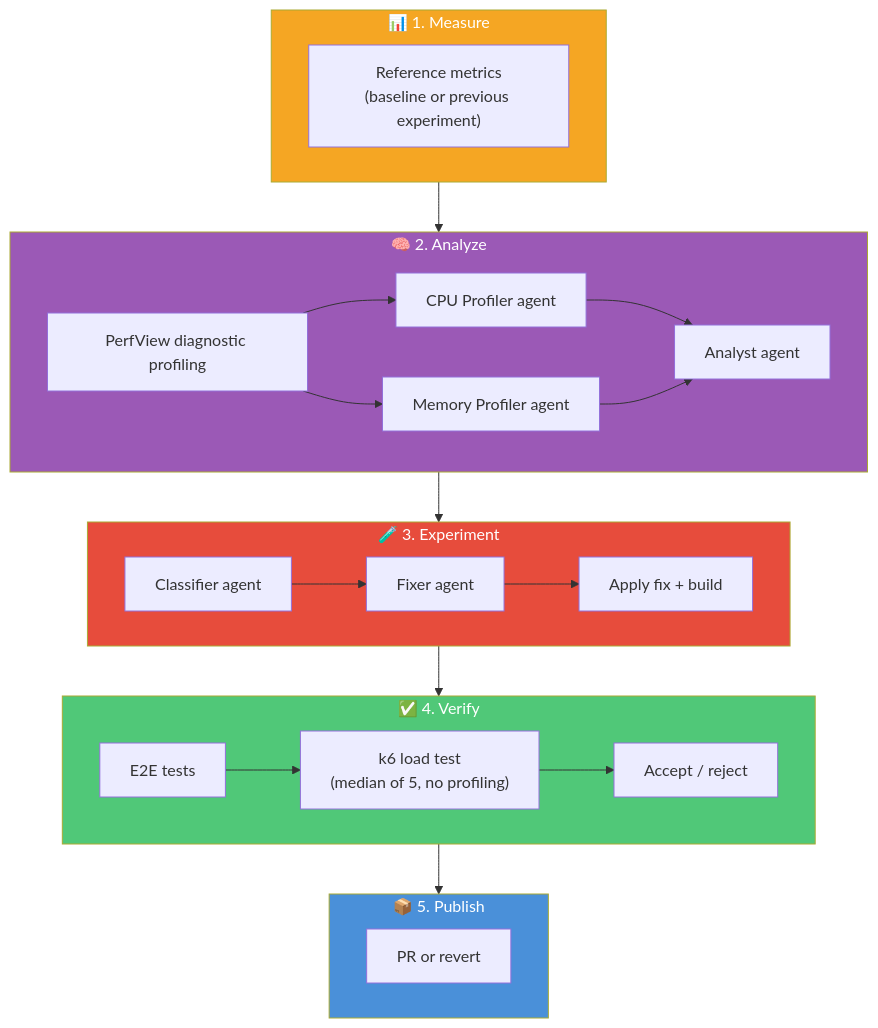
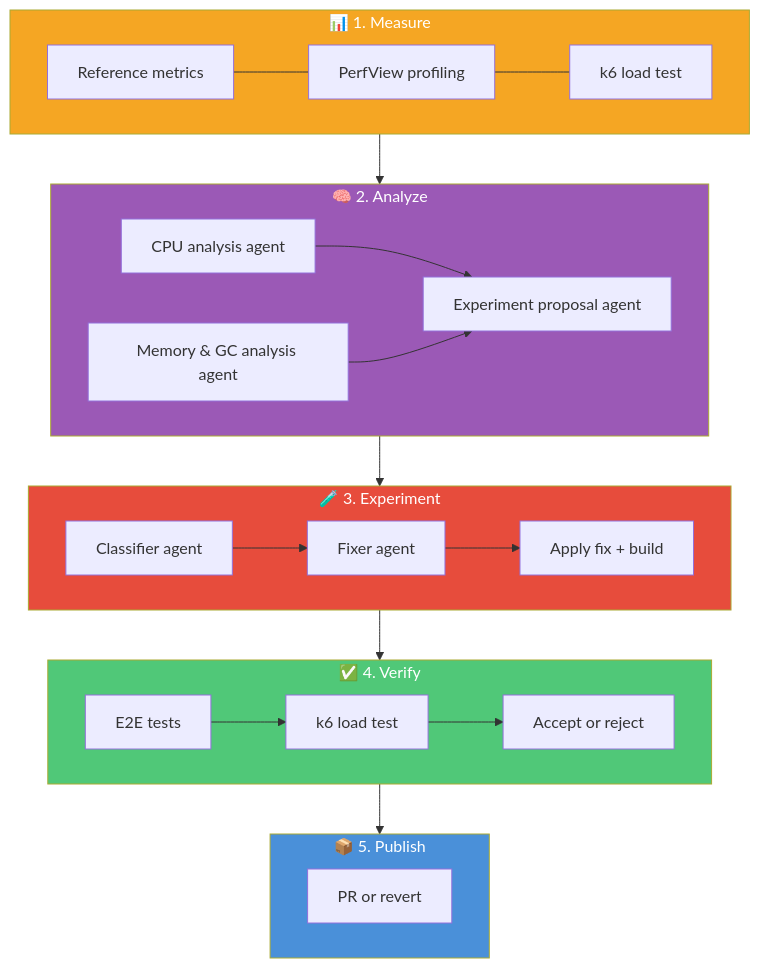
The first of 2 diagrams in docs/architecture.md (J-Bax/Hone), drawn with Mermaid before and after one commit.

Commit message:
docs: fix diagram newlines, move profiling to Measure, rename agents
- Fix literal \n appearing in rendered labels (use short labels instead)
- Move PerfView profiling + k6 load test into Measure stage
- Rename 'CPU Profiler agent'  'CPU analysis agent'
- Rename 'Memory Profiler agent'  'Memory & GC analysis agent'
- Rename 'Analyst agent'  'Experiment proposal agent'

````diff
--- a/docs/architecture.md
+++ b/docs/architecture.md
@@ -25,43 +25,43 @@
 ```mermaid
 flowchart TD
     subgraph MEASURE["📊 1. Measure"]
-        M1["Reference metrics\n(baseline or previous experiment)"]
+        M1["Reference metrics"]
+        M2["PerfView profiling"]
+        M3["k6 load test"]
+        M1 --- M2 --- M3
     end
 
     subgraph ANALYZE["🧠 2. Analyze"]
-        A1["PerfView diagnostic profiling"]
-        A2["CPU Profiler agent"]
-        A3["Memory Profiler agent"]
-        A4["Analyst agent"]
-        A1 --> A2
+        A1["CPU analysis agent"]
+        A2["Memory & GC analysis agent"]
+        A3["Experiment proposal agent"]
         A1 --> A3
-        A2 --> A4
-        A3 --> A4
+        A2 --> A3
     end
 
     subgraph EXPERIMENT["🧪 3. Experiment"]
         E1["Classifier agent"]
         E2["Fixer agent"]
         E3["Apply fix + build"]
         E1 --> E2 --> E3
     end
 
     subgraph VERIFY["✅ 4. Verify"]
         V1["E2E tests"]
-        V2["k6 load test\n(median of 5, no profiling)"]
-        V3["Accept / reject"]
+        V2["k6 load test"]
+        V3["Accept or reject"]
         V1 --> V2 --> V3
     end
 
     subgraph PUBLISH["📦 5. Publish"]
         P1["PR or revert"]
     end
 
     MEASURE --> ANALYZE --> EXPERIMENT --> VERIFY --> PUBLISH
 
     style MEASURE fill:#f5a623,color:#fff
     style ANALYZE fill:#9b59b6,color:#fff
     style EXPERIMENT fill:#e74c3c,color:#fff
     style VERIFY fill:#50c878,color:#fff
     style PUBLISH fill:#4a90d9,color:#fff
 ```
````
